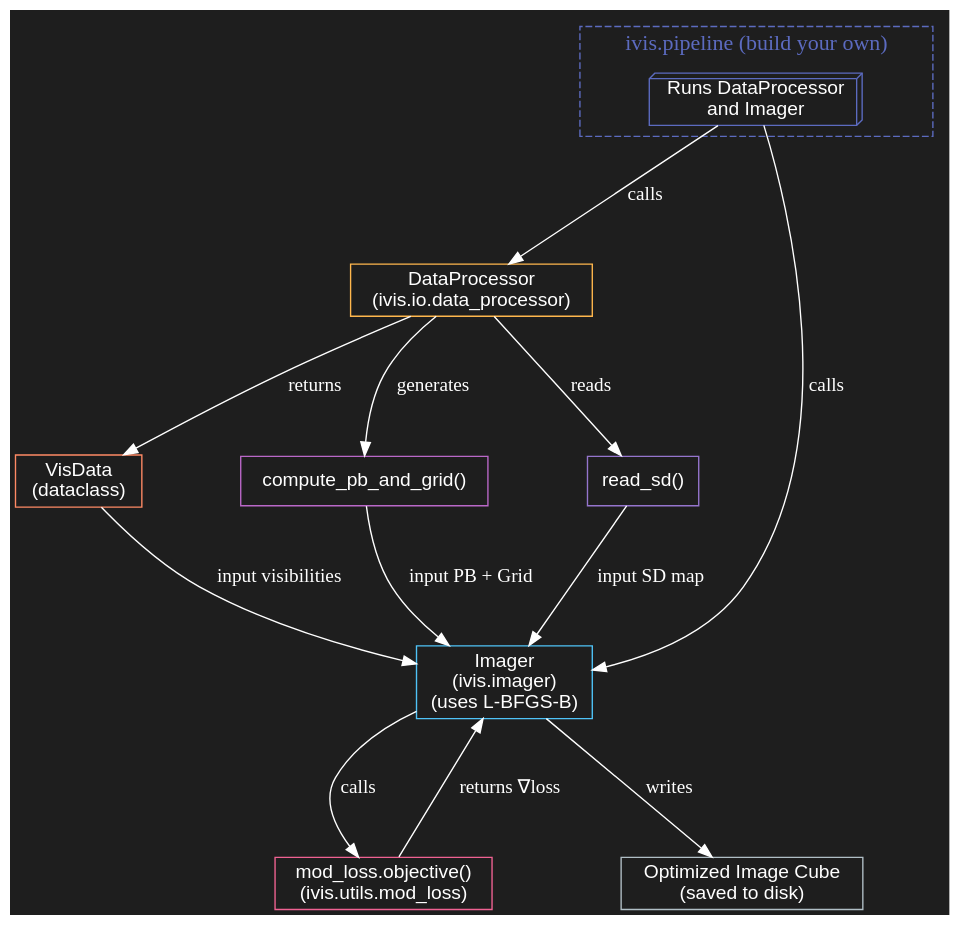
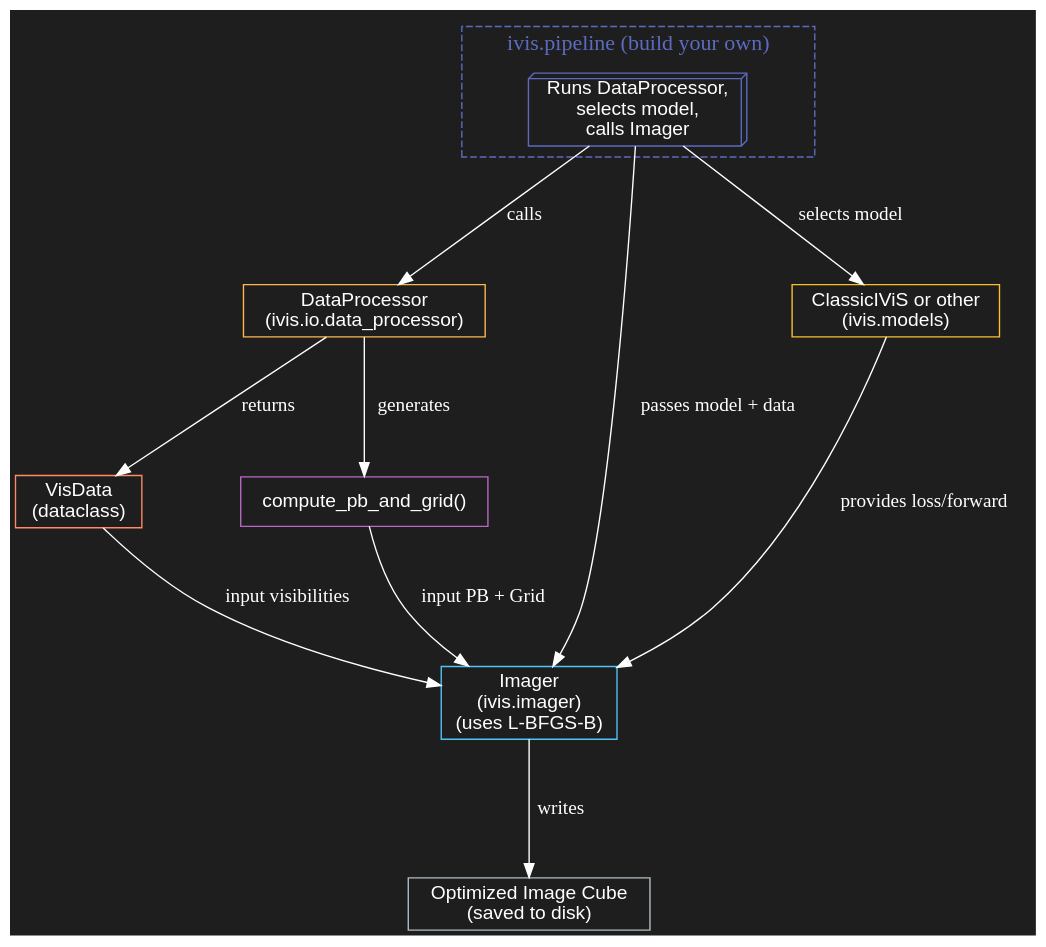
The diagram in docs/workflow.rst (antoinemarchal/ivis), drawn with Graphviz before and after one commit. The commit also changed other lines of this file and 8 other files, not shown here.

```diff
--- a/docs/workflow.rst
+++ b/docs/workflow.rst
@@ -36,53 +36,50 @@
 .. graphviz::
 
    digraph ivis_workflow {
        rankdir=TB;
        bgcolor="#1e1e1e";
        fontcolor="white";
        fontsize=16;
        nodesep=1.0;
        ranksep=1.2;
 
        node [
            shape=box,
            style=filled,
            fontname="Helvetica",
            fontcolor="white",
            fillcolor="#1e1e1e"
        ];
 
-       PIPELINE  [label="Runs DataProcessor\nand Imager", shape=box3d, color="#5c6bc0"];
+       PIPELINE  [label="Runs DataProcessor,\nselects model,\ncalls Imager", shape=box3d, color="#5c6bc0"];
        DATAPROC  [label="DataProcessor\n(ivis.io.data_processor)", color="#ffb74d"];
        VISDATA   [label="VisData\n(dataclass)", color="#ff8a65"];
        PBGRID    [label="compute_pb_and_grid()", color="#ba68c8"];
-       SD        [label="read_sd()", color="#9575cd"];
        IMAGER    [label="Imager\n(ivis.imager)\n(uses L-BFGS-B)", color="#4fc3f7"];
-       MODLOSS   [label="mod_loss.objective()\n(ivis.utils.mod_loss)", color="#f06292"];
+       MODEL     [label="ClassicIViS or other\n(ivis.models)", color="#fbc02d"];
        IMAGE     [label="Optimized Image Cube\n(saved to disk)", color="#b0bec5"];
 
        subgraph cluster_pipeline {
            label="ivis.pipeline (build your own)";
            style=dashed;
            fontcolor="#5c6bc0";
            color="#5c6bc0";
            PIPELINE;
        }
 
        edge [
            color="white",
            fontcolor="white",
            fontsize=14
        ];
 
        PIPELINE -> DATAPROC [label="calls"];
-       PIPELINE -> IMAGER [label="calls"];
+       PIPELINE -> MODEL [label="selects model"];
+       PIPELINE -> IMAGER [label="passes model + data"];
        DATAPROC -> VISDATA [label="returns"];
        DATAPROC -> PBGRID [label="generates"];
-       DATAPROC -> SD [label="reads"];
        VISDATA -> IMAGER [label="input visibilities"];
        PBGRID -> IMAGER [label="input PB + Grid"];
-       SD -> IMAGER [label="input SD map"];
-       IMAGER -> MODLOSS [label="calls"];
-       MODLOSS -> IMAGER [label="returns ∇loss"];
+       MODEL -> IMAGER [label="provides loss/forward"];
        IMAGER -> IMAGE [label="writes"];
    }
```
